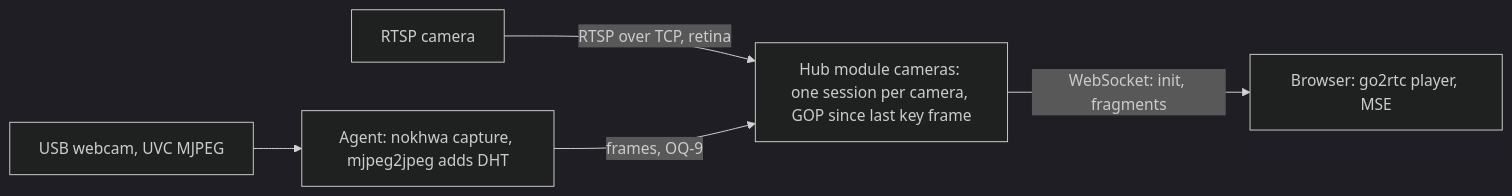
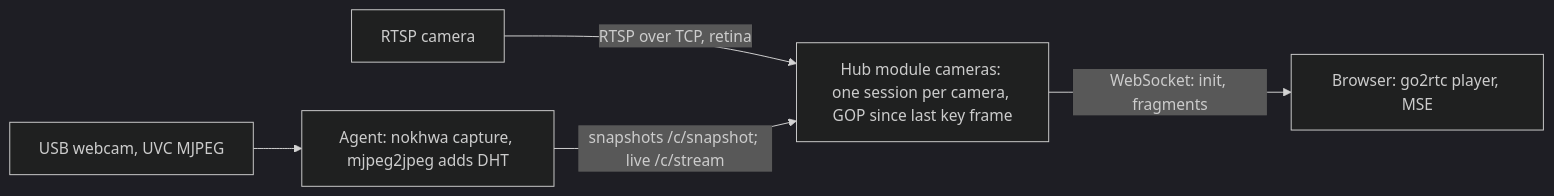
The diagram in docs/design/cameras.md (CuriousTimo/Maker-Connect), drawn with Mermaid (dark theme) before and after one commit. The commit also changed other lines of this file and 4 other files, not shown here.

````diff
--- a/docs/design/cameras.md
+++ b/docs/design/cameras.md
@@ -14,12 +14,12 @@
 ```mermaid
 flowchart LR
   rtspcam["RTSP camera"]
   usbcam["USB webcam, UVC MJPEG"]
   agent["Agent: nokhwa capture, mjpeg2jpeg adds DHT"]
   hub["Hub module cameras: one session per camera, GOP since last key frame"]
   browser["Browser: go2rtc player, MSE"]
   rtspcam -->|"RTSP over TCP, retina"| hub
   usbcam --> agent
-  agent -->|"frames, OQ-9"| hub
+  agent -->|"snapshots /c/snapshot; live /c/stream"| hub
   hub -->|"WebSocket: init, fragments"| browser
 ```
````
